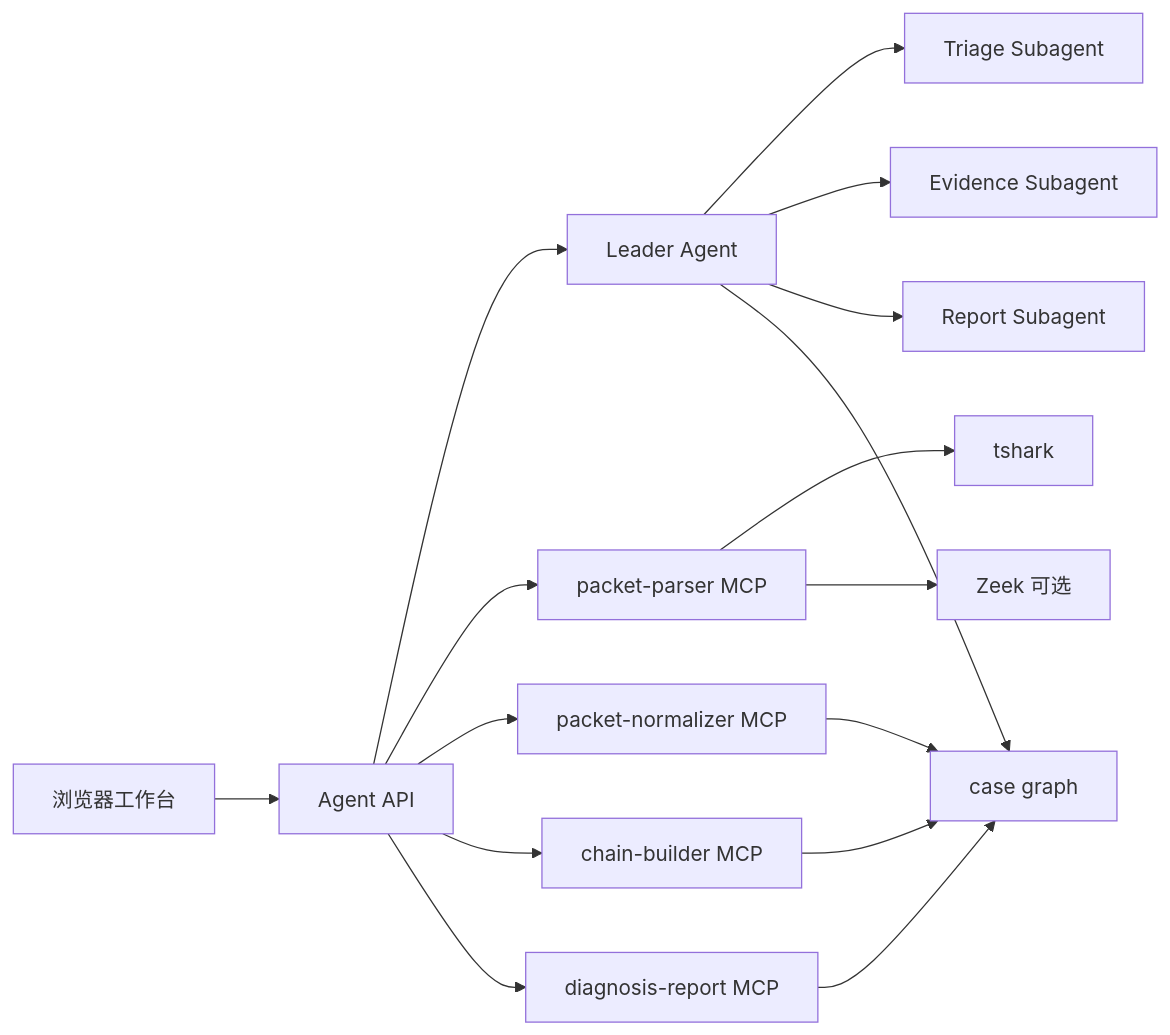
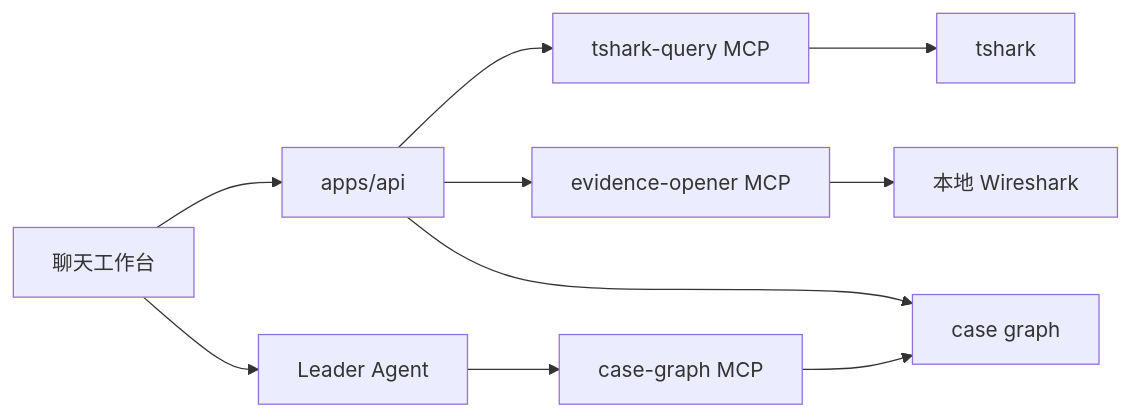
The diagram in docs/architecture.md (Matthewyin/pcapai), drawn with Mermaid before and after one commit. The commit also changed other lines of this file and 59 other files, not shown here.

````diff
--- a/docs/architecture.md
+++ b/docs/architecture.md
@@ -9,18 +7,12 @@
 ```mermaid
 flowchart LR
-  Web["浏览器工作台"] --> API["Agent API"]
-  API --> Leader["Leader Agent"]
-  Leader --> Triage["Triage Subagent"]
-  Leader --> Evidence["Evidence Subagent"]
-  Leader --> Report["Report Subagent"]
-  API --> Parser["packet-parser MCP"]
-  API --> Normalizer["packet-normalizer MCP"]
-  API --> Chain["chain-builder MCP"]
-  API --> Diagnosis["diagnosis-report MCP"]
-  Parser --> Tshark["tshark"]
-  Parser --> Zeek["Zeek 可选"]
-  Normalizer --> Graph["case graph"]
-  Chain --> Graph
-  Diagnosis --> Graph
-  Leader --> Graph
+  Web["聊天工作台"] --> API["apps/api"]
+  API --> Query["tshark-query MCP"]
+  API --> Opener["evidence-opener MCP"]
+  Query --> Tshark["tshark"]
+  Opener --> Wireshark["本地 Wireshark"]
+  API --> Graph["case graph"]
+  Web --> Agent["Leader Agent"]
+  Agent --> CaseGraph["case-graph MCP"]
+  CaseGraph --> Graph
 ```
````
